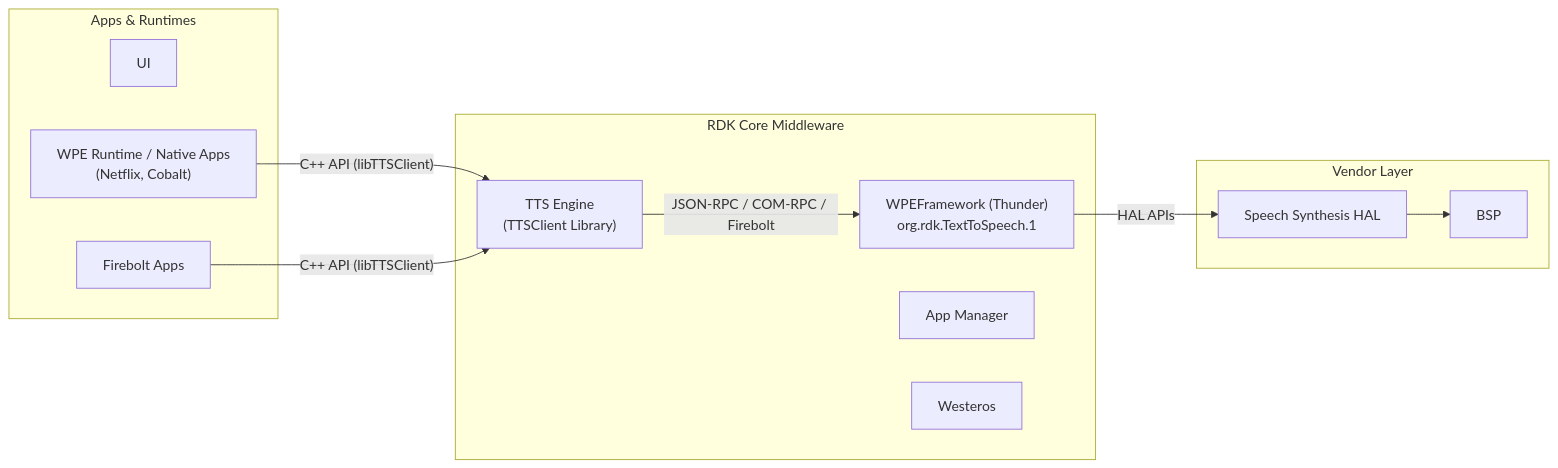
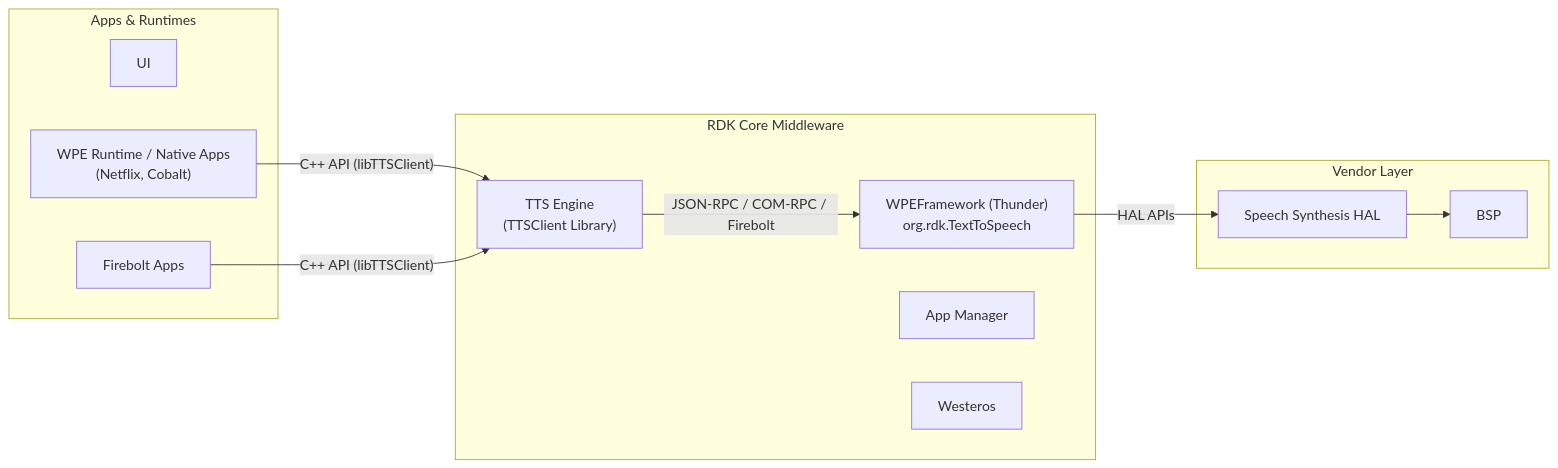
Before and after one commit to rns21/RDK_Documentation: the first of 7 diagrams in docs/docu/RDKV-Documentations/tts_engine.md, drawn with Mermaid. The commit also changed other lines of this file, not shown here.

````diff
--- a/docs/docu/RDKV-Documentations/tts_engine.md
+++ b/docs/docu/RDKV-Documentations/tts_engine.md
@@ -9,36 +9,36 @@
 ```mermaid
 flowchart LR
 
 %% Styles
 classDef Apps stroke:#00B9F1,fill:#E6F7FD,stroke-width:2px;
 classDef RDKMW stroke:#75D701,fill:#F1FFE6,stroke-width:2px;
 classDef VL stroke:#808080,fill:#F2F2F2,stroke-width:2px;
 
 %% Apps Layer
     subgraph Apps["Apps & Runtimes"]
         RDKUI["UI"]
         FBApps["Firebolt Apps"]
         WPE_RT["WPE Runtime / Native Apps\n(Netflix, Cobalt)"]
     end
 
 %% Middleware
     subgraph RDKMW["RDK Core Middleware"]
         TTSClient["TTS Engine\n(TTSClient Library)"]
-        Thunder["WPEFramework (Thunder)\norg.rdk.TextToSpeech.1"]
+        Thunder["WPEFramework (Thunder)\norg.rdk.TextToSpeech"]
         AM["App Manager"]
         Westeros["Westeros"]
     end
 
 %% Vendor Layer
     subgraph VL["Vendor Layer"]
         HAL["Speech Synthesis HAL"]
         BSP["BSP"]
     end
 
     %% Connections
     WPE_RT -->|"C++ API (libTTSClient)"| TTSClient
     FBApps -->|"C++ API (libTTSClient)"| TTSClient
     TTSClient -->|"JSON-RPC / COM-RPC / Firebolt"| Thunder
     Thunder -->|HAL APIs| HAL
     HAL --> BSP
 ```
````
